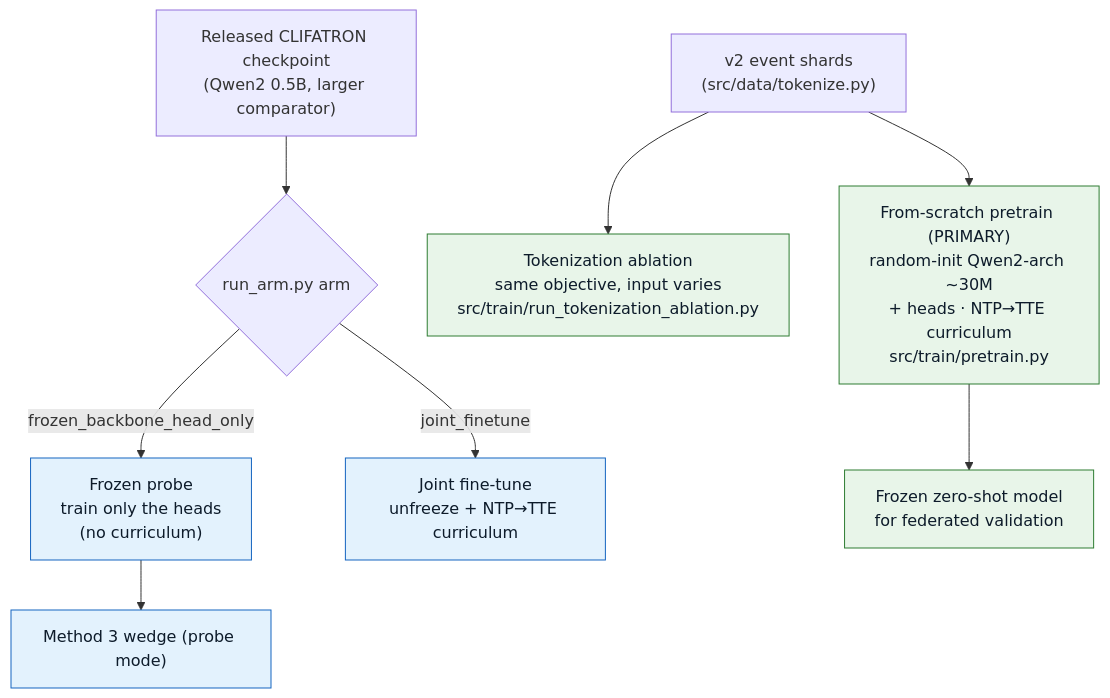
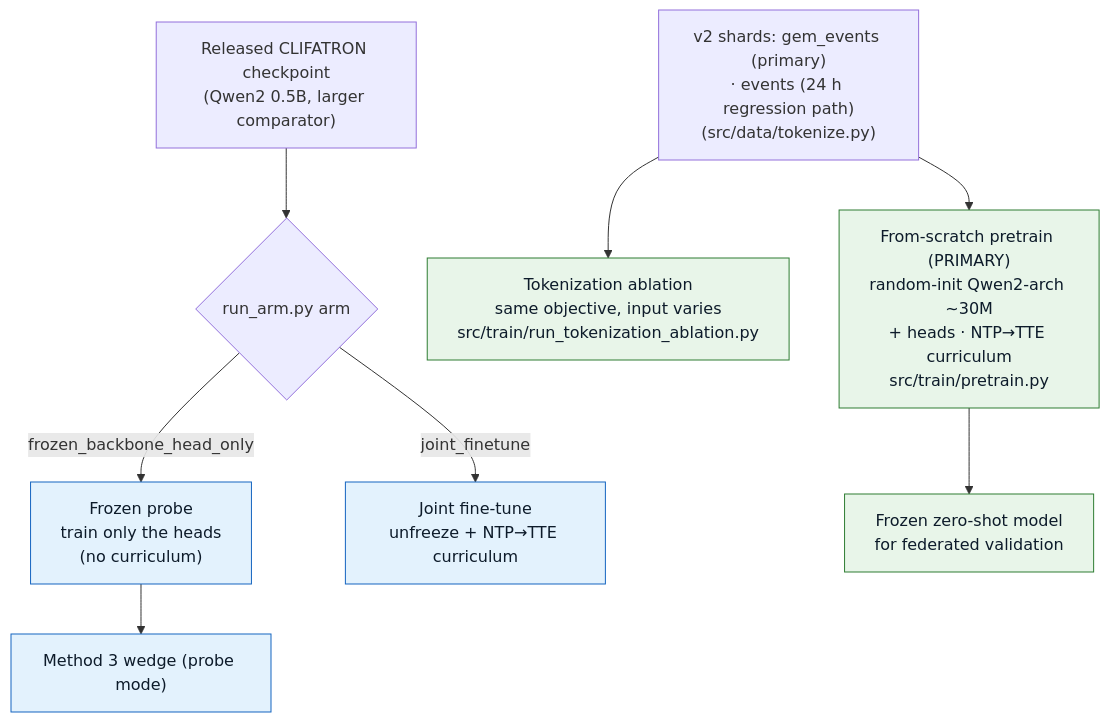
The fifth of 5 diagrams in website/docs/objectives-training.md (sajor2000/clifatron2.0), drawn with Mermaid before and after one commit. The commit also changed other lines of this file and 15 other files, not shown here.

````diff
--- a/website/docs/objectives-training.md
+++ b/website/docs/objectives-training.md
@@ -198,17 +261,17 @@
 ```mermaid
 flowchart TB
-    SHARDS["v2 event shards<br/>(src/data/tokenize.py)"] --> SCRATCH["From-scratch pretrain (PRIMARY)<br/>random-init Qwen2-arch ~30M<br/>+ heads · NTP→TTE curriculum<br/>src/train/pretrain.py"]
+    SHARDS["v2 shards: gem_events (primary)<br/>· events (24 h regression path)<br/>(src/data/tokenize.py)"] --> SCRATCH["From-scratch pretrain (PRIMARY)<br/>random-init Qwen2-arch ~30M<br/>+ heads · NTP→TTE curriculum<br/>src/train/pretrain.py"]
     SHARDS --> TOK["Tokenization ablation<br/>same objective, input varies<br/>src/train/run_tokenization_ablation.py"]
     CKPT["Released CLIFATRON checkpoint<br/>(Qwen2 0.5B, larger comparator)"] --> MODE{run_arm.py arm}
 
     MODE -->|"frozen_backbone_head_only"| FROZEN["Frozen probe<br/>train only the heads<br/>(no curriculum)"]
     MODE -->|"joint_finetune"| JOINT["Joint fine-tune<br/>unfreeze + NTP→TTE curriculum"]
 
     FROZEN --> M3["Method 3 wedge (probe mode)"]
     SCRATCH --> FED["Frozen zero-shot model<br/>for federated validation"]
 
     classDef a fill:#e3f2fd,stroke:#1565c0,color:#0d1b2a;
     classDef b fill:#e8f5e9,stroke:#2e7d32,color:#0d1b2a;
     class FROZEN,M3,JOINT a;
     class SCRATCH,TOK,FED b;
 ```
````
